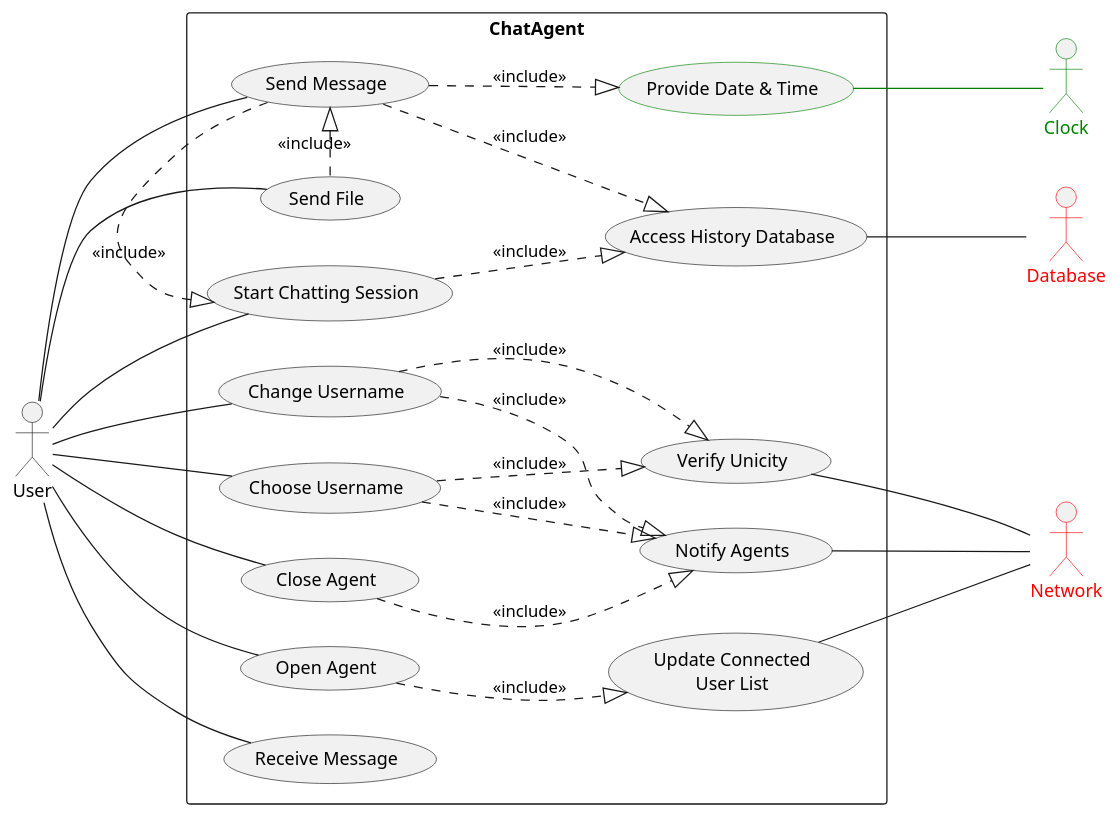
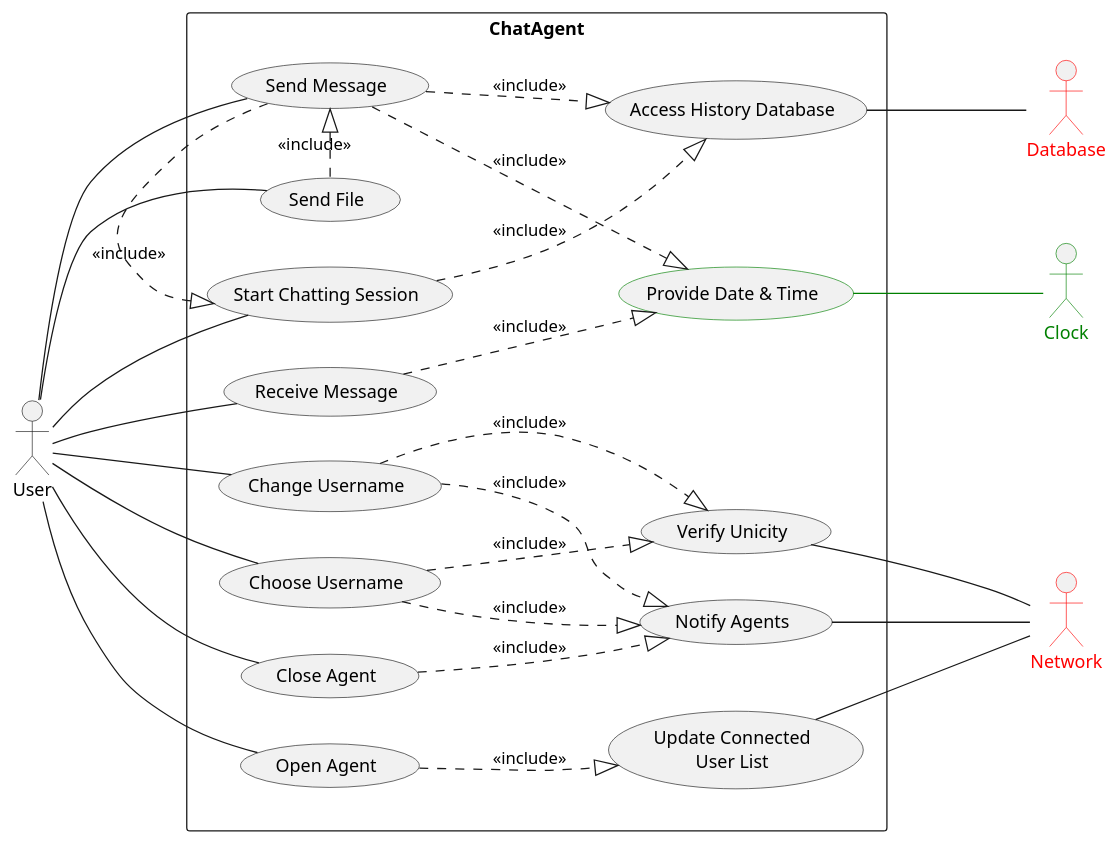
The diagram in PlantUML/usecase.wsd (scanim-valentin/decentralized-chat-system), drawn with PlantUML before and after one commit. The commit also changed 1 other file, not shown here.

```diff
--- a/PlantUML/usecase.wsd
+++ b/PlantUML/usecase.wsd
@@ -1,43 +1,43 @@
 @startuml usecase
 left to right direction
 :User: as user
     :Network: as network #line:red;text:red
     :Database: as db #line:red;text:red
     :Clock: as clock #line:green;text:green
 rectangle ChatAgent{
  
  user--(Open Agent)
  user--(Close Agent)
  user--(Change Username)
  user--(Choose Username)
  user--(Start Chatting Session)
 
 (Notify Agents)---network
 (Verify Unicity)---network
 (Update Connected\nUser List)--network
 (Access History Database)---db
  
  (Provide Date & Time) #line:green
  (Provide Date & Time)---clock #green
 
  user--(Send Message)
  user--(Send File) 
  user--(Receive Message)
  
  (Send Message)<|.(Send File) : <<include>>
  
  (Close Agent)..|>(Notify Agents) : <<include>>
 
  (Start Chatting Session)<|.(Send Message) : <<include>>
  (Start Chatting Session).|>(Access History Database) : <<include>>
  (Send Message)..|>(Access History Database) : <<include>>
  (Send Message)..|>(Provide Date & Time) : <<include>>
-
+ (Receive Message)..|>(Provide Date & Time) : <<include>>
  (Open Agent)..|>(Update Connected\nUser List) : <<include>>
  (Change Username)..|>(Notify Agents) : <<include>>
  (Choose Username)..|>(Notify Agents) : <<include>>
  (Choose Username)..|>(Verify Unicity) : <<include>>
  (Change Username)..|>(Verify Unicity) : <<include>>
 
 }
 @enduml
```
